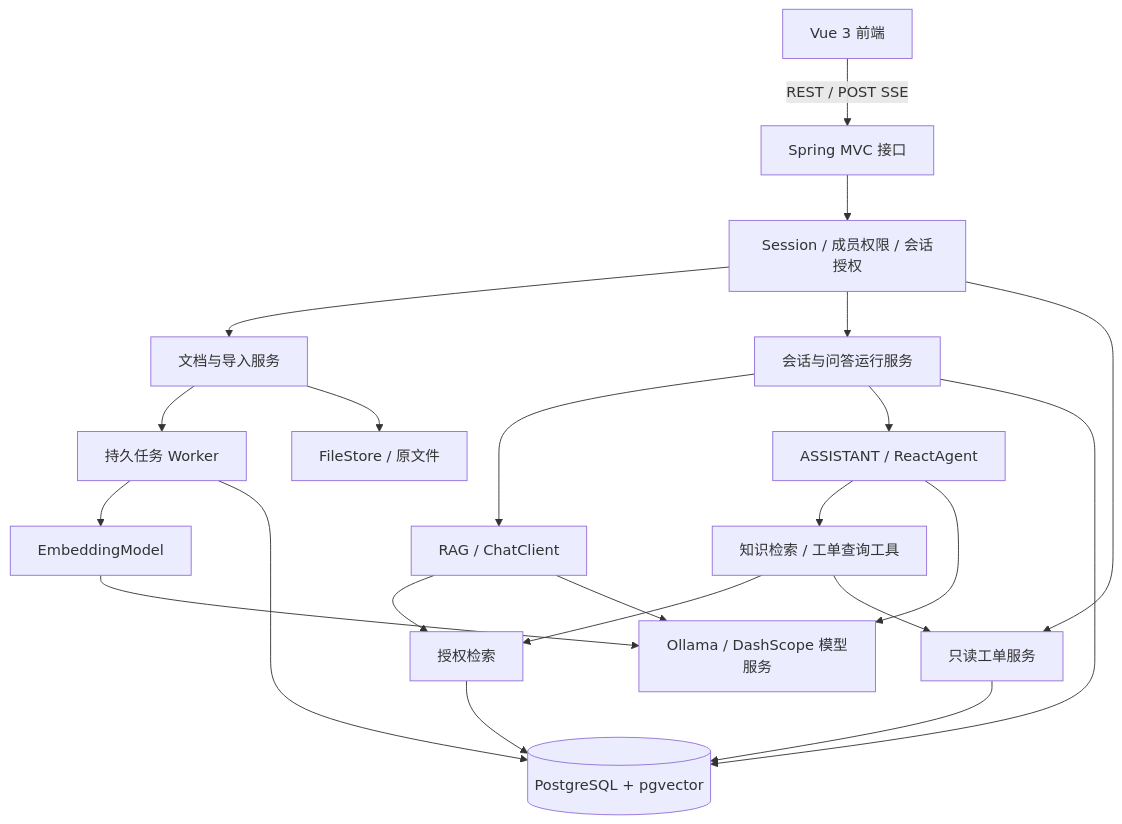
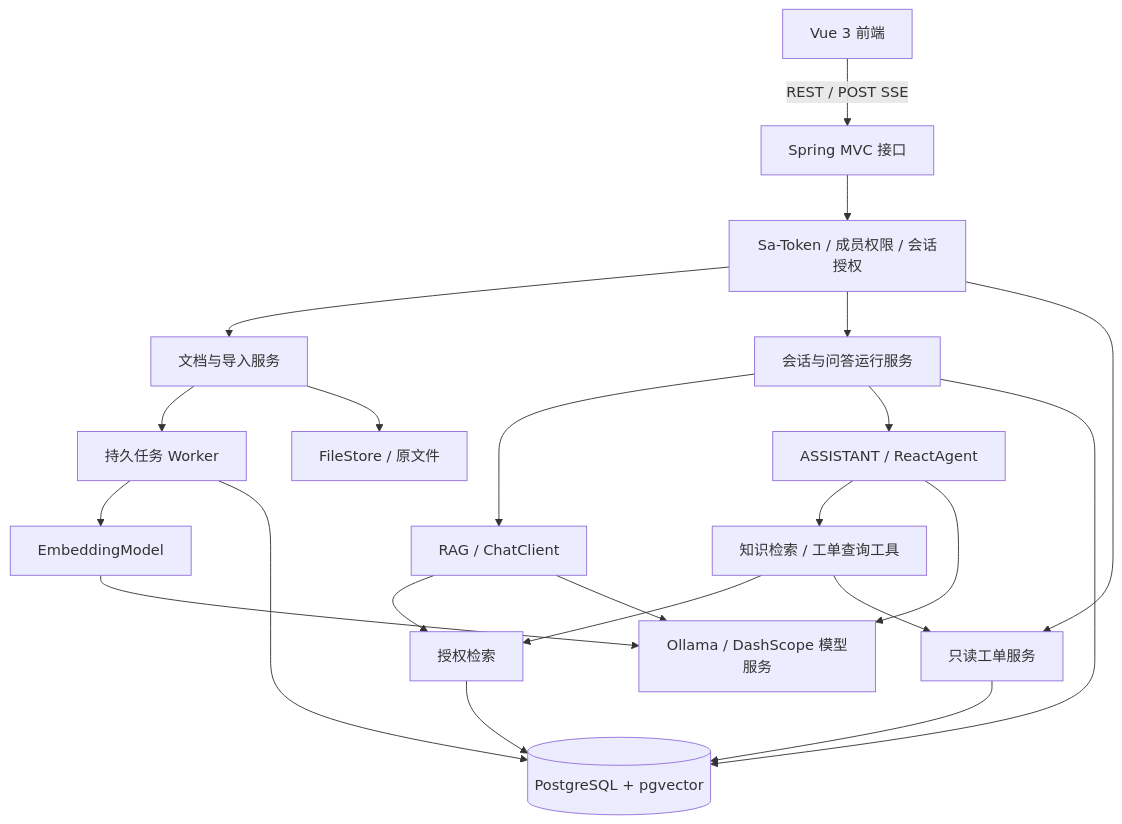
The diagram in README.md (linhaha-ai/support-ai), drawn with Mermaid before and after one commit. The commit also changed other lines of this file and 102 other files, not shown here.

````diff
--- a/README.md
+++ b/README.md
@@ -79,27 +80,27 @@
 ```mermaid
 flowchart TD
     WEB["Vue 3 前端"] -->|"REST / POST SSE"| API["Spring MVC 接口"]
-    API --> AUTH["Session / 成员权限 / 会话授权"]
+    API --> AUTH["Sa-Token / 成员权限 / 会话授权"]
     AUTH --> DOC["文档与导入服务"]
     AUTH --> RUN["会话与问答运行服务"]
     AUTH --> TICKET["只读工单服务"]
 
     DOC --> WORKER["持久任务 Worker"]
     DOC --> FILES["FileStore / 原文件"]
     WORKER --> EMB["EmbeddingModel"]
     WORKER --> PG[("PostgreSQL + pgvector")]
 
     RUN --> RAG["RAG / ChatClient"]
     RUN --> AGENT["ASSISTANT / ReactAgent"]
     RAG --> RETRIEVAL["授权检索"]
     AGENT --> TOOLS["知识检索 / 工单查询工具"]
     TOOLS --> RETRIEVAL
     TOOLS --> TICKET
     RETRIEVAL --> PG
     TICKET --> PG
     RUN --> PG
 
     EMB --> MODEL["Ollama / DashScope 模型服务"]
     RAG --> MODEL
     AGENT --> MODEL
 ```
````
